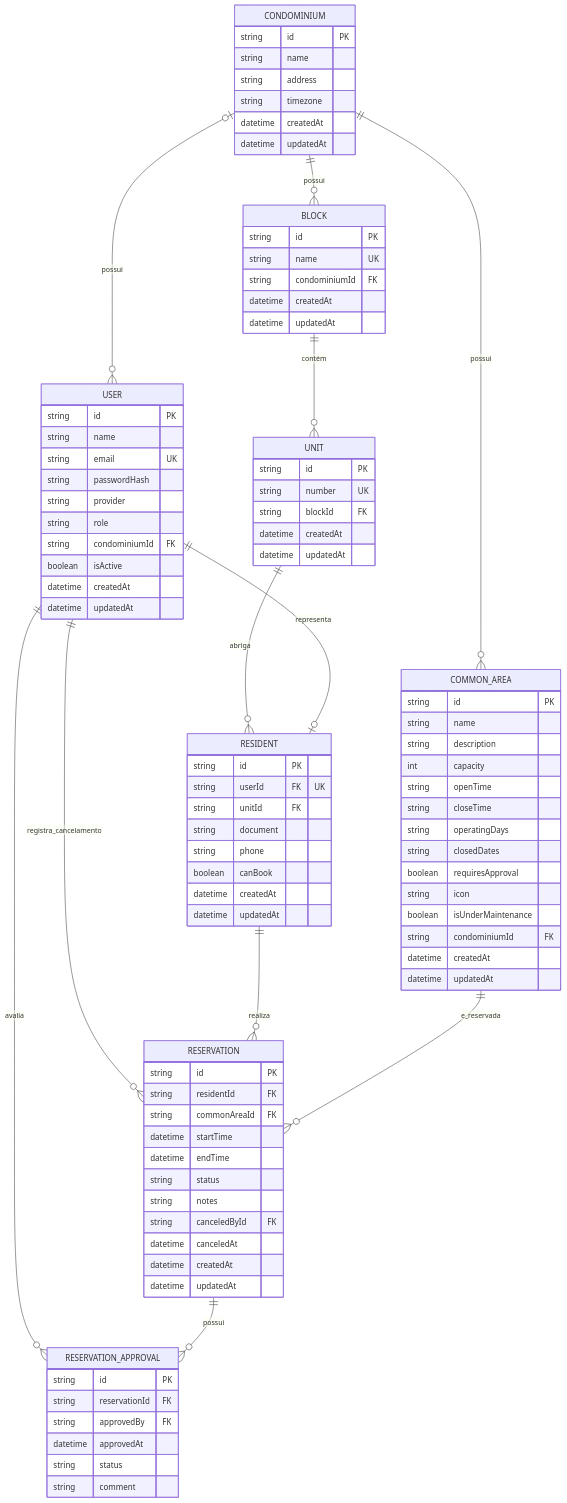
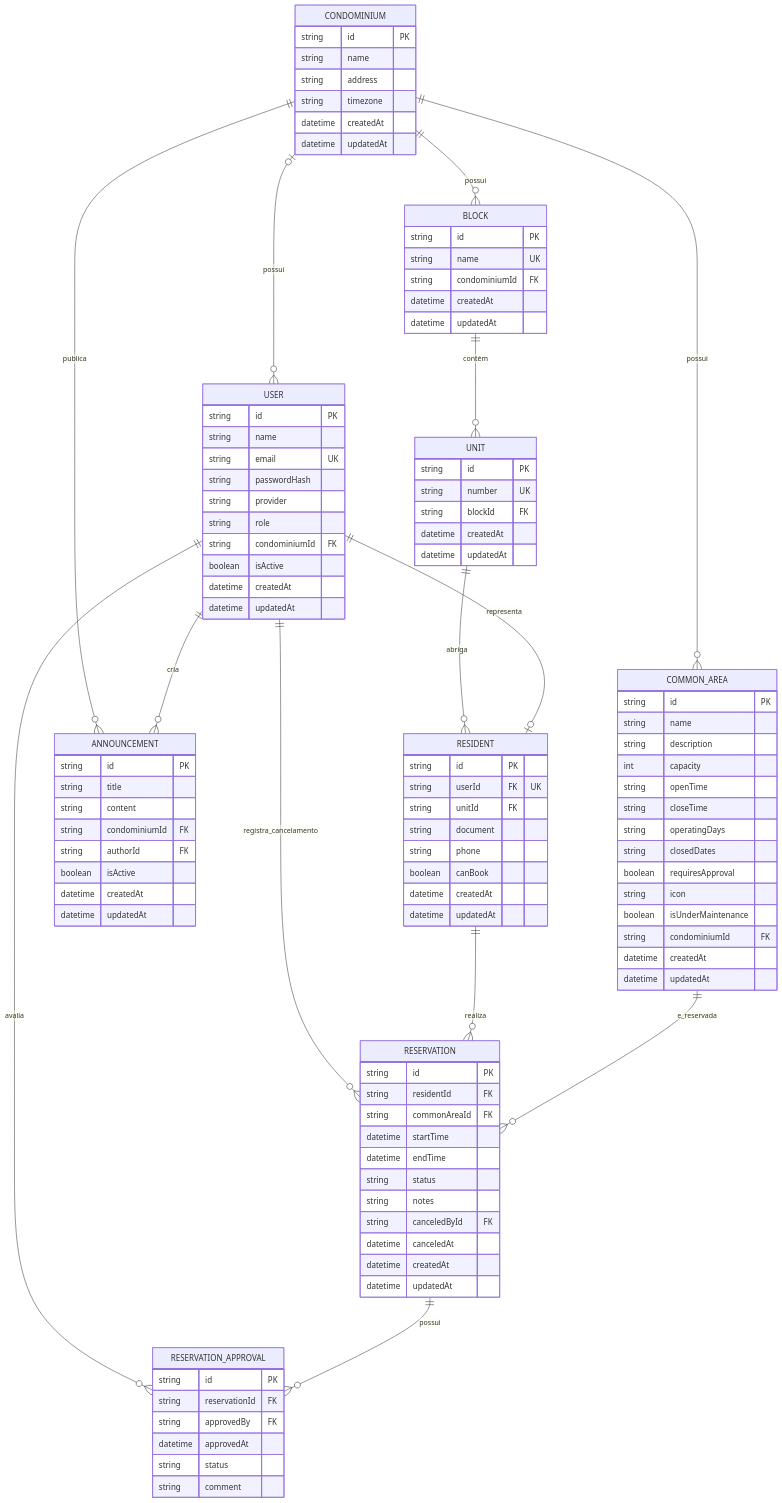
The diagram in docs/ssd.md (lucasgfaj/reserva-ai), drawn with Mermaid before and after one commit. The commit also changed other lines of this file and 49 other files, not shown here.

````diff
--- a/docs/ssd.md
+++ b/docs/ssd.md
@@ -188,6 +205,7 @@
     CONDOMINIUM |o--o{ USER : possui
     CONDOMINIUM ||--o{ BLOCK : possui
     CONDOMINIUM ||--o{ COMMON_AREA : possui
+    CONDOMINIUM ||--o{ ANNOUNCEMENT : publica
 
     BLOCK ||--o{ UNIT : contém
 
@@ -196,6 +214,7 @@
     USER ||--|o RESIDENT : representa
     USER ||--o{ RESERVATION_APPROVAL : avalia
     USER ||--o{ RESERVATION : registra_cancelamento
+    USER ||--o{ ANNOUNCEMENT : cria
     RESIDENT ||--o{ RESERVATION : realiza
 
     COMMON_AREA ||--o{ RESERVATION : e_reservada
@@ -289,4 +308,15 @@
         string status
         string comment
     }
+
+    ANNOUNCEMENT {
+        string id PK
+        string title
+        string content
+        string condominiumId FK
+        string authorId FK
+        boolean isActive
+        datetime createdAt
+        datetime updatedAt
+    }
 ```
````
